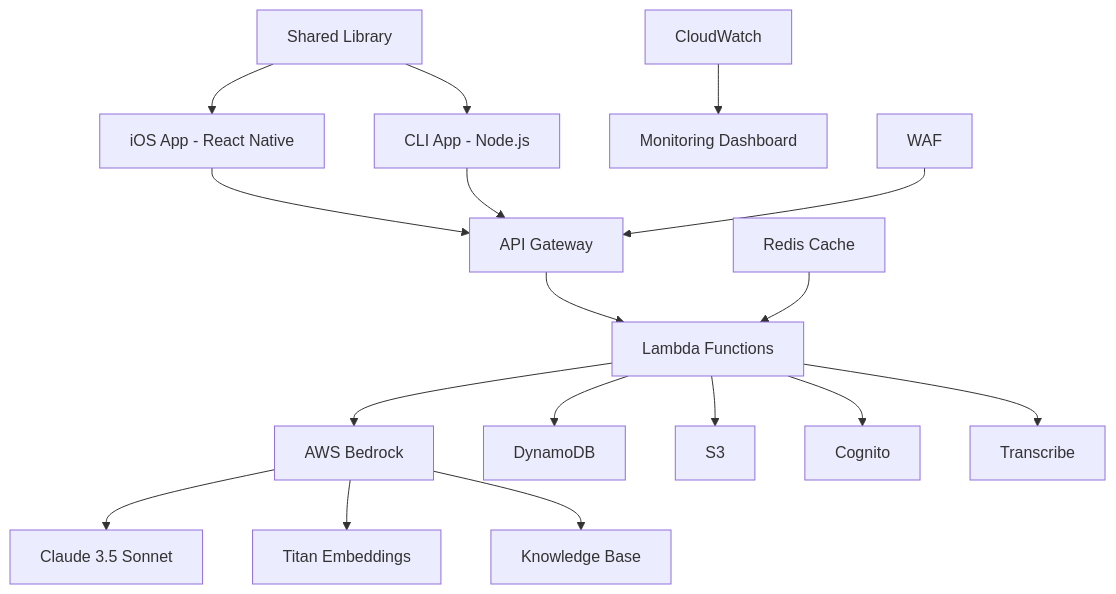
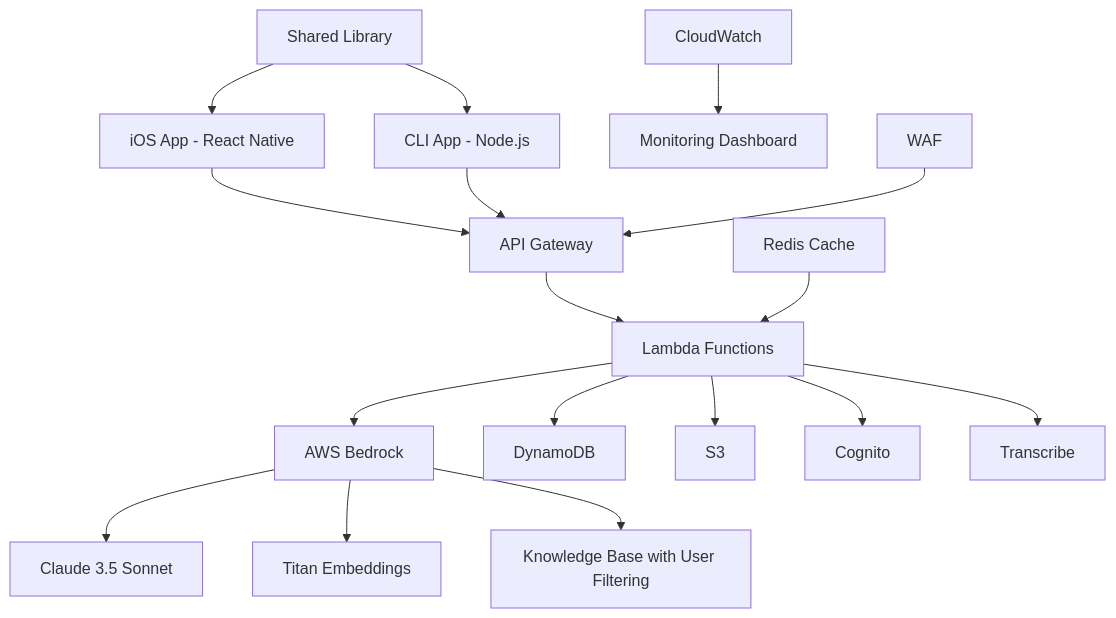
Before and after one commit to a1o1/manuel: the diagram in README.md, drawn with Mermaid. The commit also changed other lines of this file and 6 other files, not shown here.

````diff
--- a/README.md
+++ b/README.md
@@ -66,22 +66,22 @@
 ```mermaid
 graph TB
     A[iOS App - React Native] --> B[API Gateway]
     C[CLI App - Node.js] --> B
     D[Shared Library] --> A
     D --> C
 
     B --> E[Lambda Functions]
     E --> F[AWS Bedrock]
     E --> G[DynamoDB]
     E --> H[S3]
     E --> I[Cognito]
     E --> J[Transcribe]
 
     F --> K[Claude 3.5 Sonnet]
     F --> L[Titan Embeddings]
-    F --> M[Knowledge Base]
+    F --> M[Knowledge Base with User Filtering]
 
     N[CloudWatch] --> O[Monitoring Dashboard]
     P[WAF] --> B
     Q[Redis Cache] --> E
 ```
````
